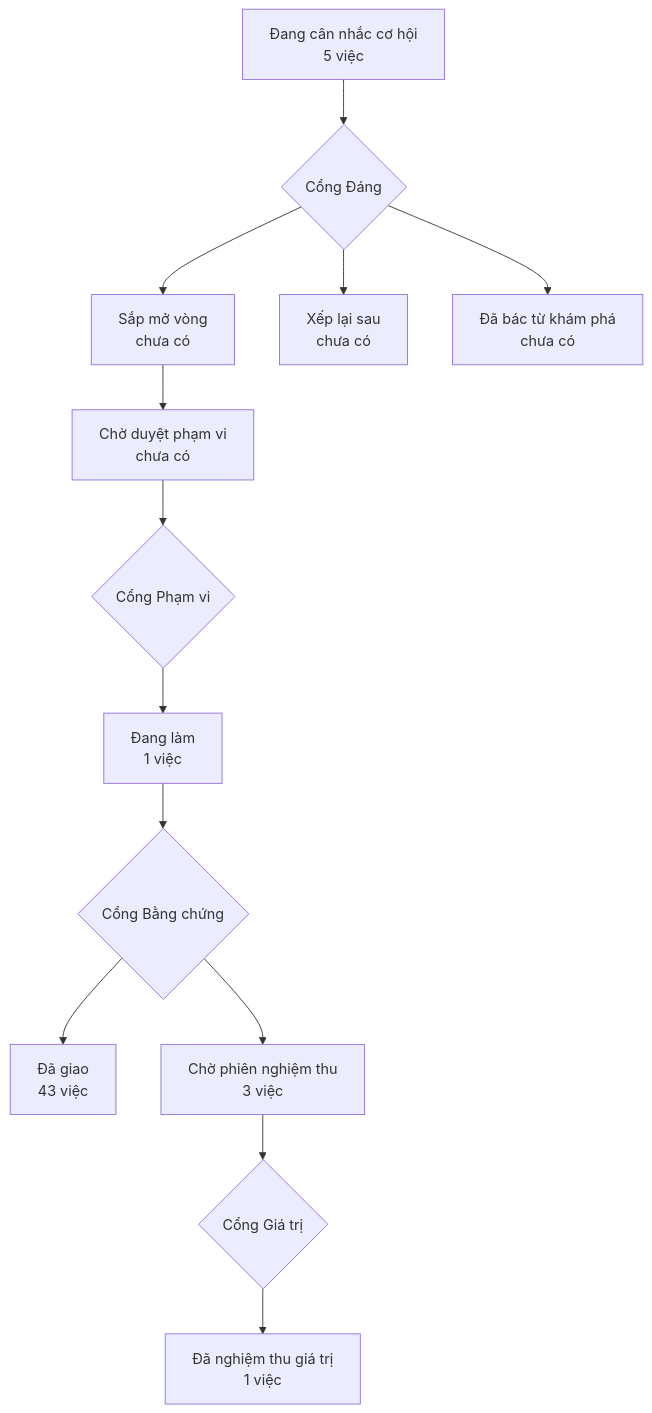
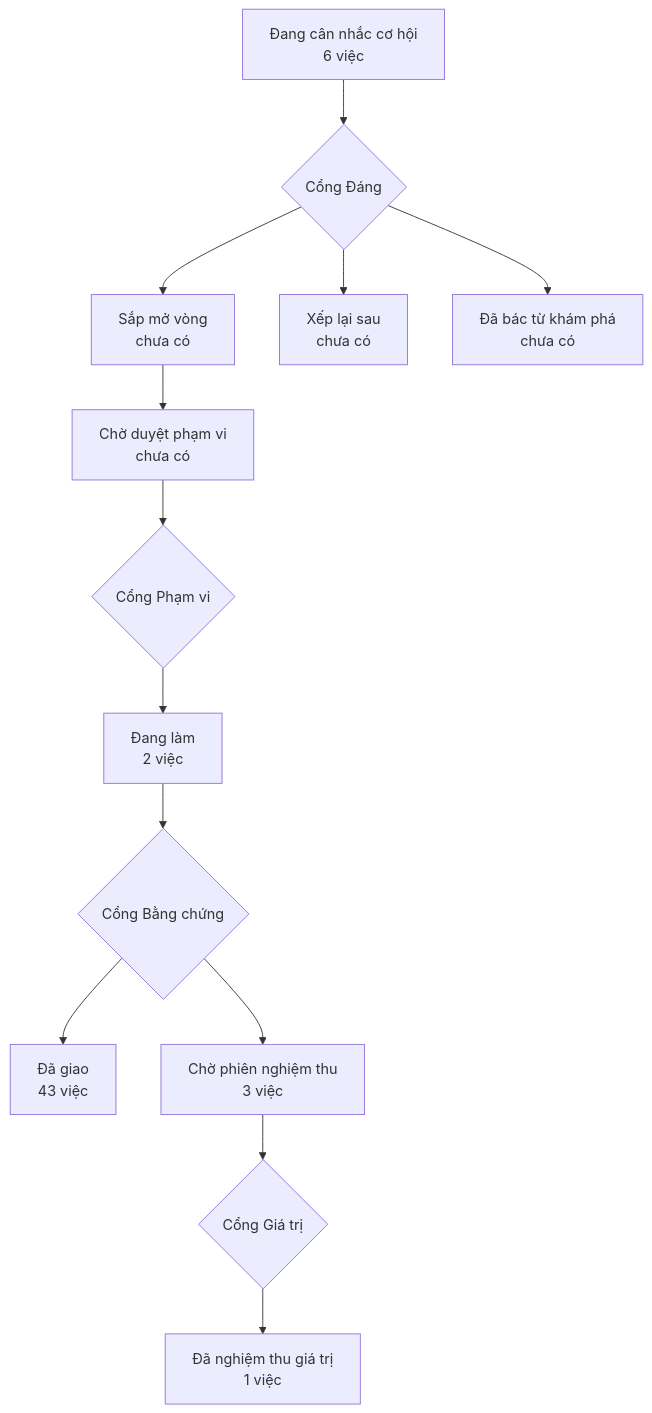
One commit to phanlemanh/crm-onehub changed the diagram in PRODUCT-MAP.md. Above: the diagram before and after it, drawn with Mermaid. The commit also changed other lines of this file and 2 other files, not shown here.

Commit message:
Gate 1: sua-luu-tru-dieu-phoi duyet pham vi — Phan Le Manh

````diff
--- a/PRODUCT-MAP.md
+++ b/PRODUCT-MAP.md
@@ -6,12 +6,12 @@
 ```mermaid
 flowchart TD
-  A["Đang cân nhắc cơ hội<br/>5 việc"] --> GD{"Cổng Đáng"}
+  A["Đang cân nhắc cơ hội<br/>6 việc"] --> GD{"Cổng Đáng"}
   GD --> B["Sắp mở vòng<br/>chưa có"]
   GD --> XL["Xếp lại sau<br/>chưa có"]
   GD --> DB["Đã bác từ khám phá<br/>chưa có"]
   B --> CD["Chờ duyệt phạm vi<br/>chưa có"] --> GP{"Cổng Phạm vi"}
-  GP --> DL["Đang làm<br/>1 việc"] --> GB{"Cổng Bằng chứng"}
+  GP --> DL["Đang làm<br/>2 việc"] --> GB{"Cổng Bằng chứng"}
   GB --> DG["Đã giao<br/>43 việc"]
   GB --> CN["Chờ phiên nghiệm thu<br/>3 việc"] --> GG{"Cổng Giá trị"}
   GG --> NT["Đã nghiệm thu giá trị<br/>1 việc"]
 ```
````
